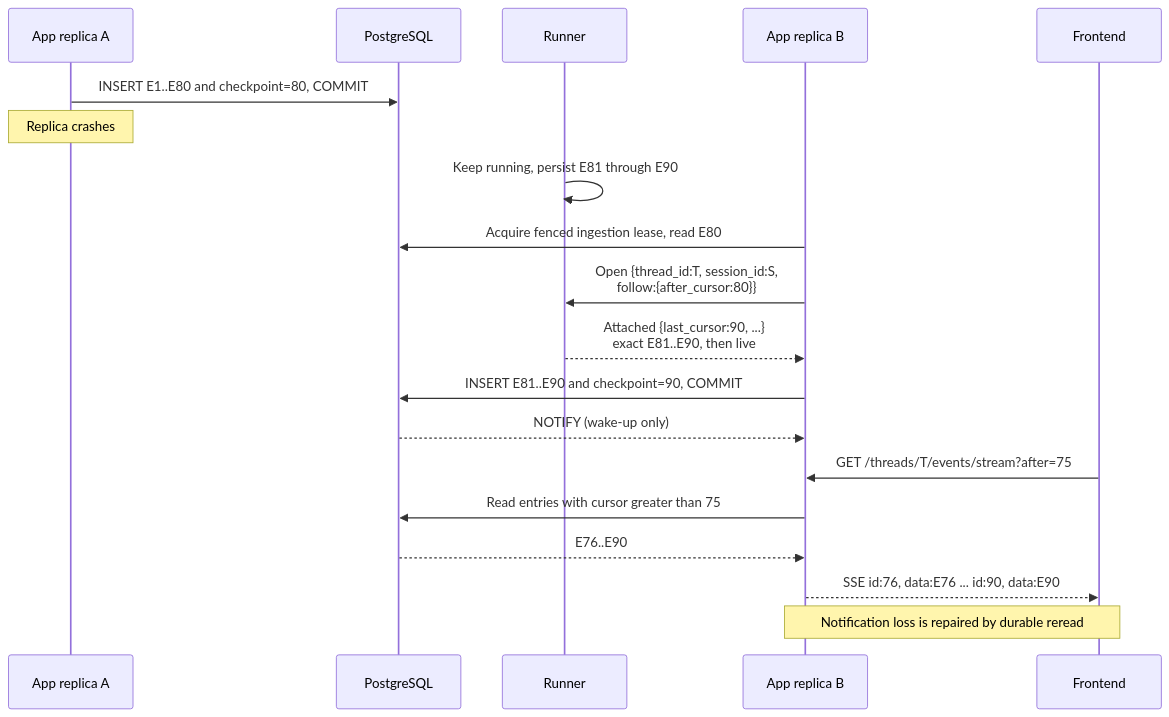
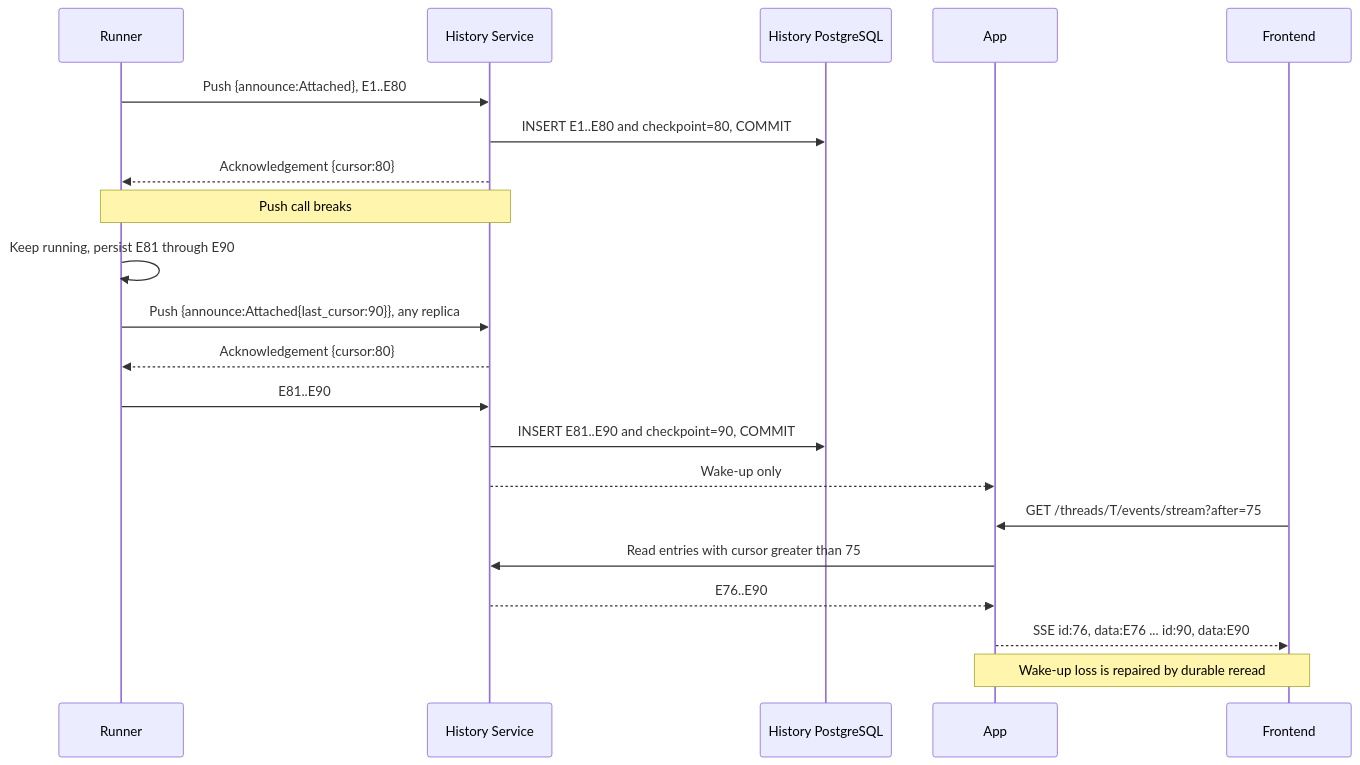
The fourth of 6 diagrams in agentplane/docs/thread_layering.md (agentydragon-agent/ducktape), drawn with Mermaid before and after one commit. The commit also changed other lines of this file and 19 other files, not shown here.

````diff
--- a/agentplane/docs/thread_layering.md
+++ b/agentplane/docs/thread_layering.md
@@ -389,21 +391,23 @@
 ```mermaid
 sequenceDiagram
-    participant A1 as App replica A
-    participant DB as PostgreSQL
     participant R as Runner
-    participant A2 as App replica B
+    participant HS as History Service
+    participant DB as History PostgreSQL
+    participant A as App
     participant F as Frontend
-    A1->>DB: INSERT E1..E80 and checkpoint=80, COMMIT
-    Note over A1: Replica crashes
+    R->>HS: Push {announce:Attached}, E1..E80
+    HS->>DB: INSERT E1..E80 and checkpoint=80, COMMIT
+    HS-->>R: Acknowledgement {cursor:80}
+    Note over R,HS: Push call breaks
     R->>R: Keep running, persist E81 through E90
-    A2->>DB: Acquire fenced ingestion lease, read E80
-    A2->>R: Open {thread_id:T, session_id:S,<br/>follow:{after_cursor:80}}
-    R-->>A2: Attached {last_cursor:90, ...}<br/>exact E81..E90, then live
-    A2->>DB: INSERT E81..E90 and checkpoint=90, COMMIT
-    DB-->>A2: NOTIFY (wake-up only)
-    F->>A2: GET /threads/T/events/stream?after=75
-    A2->>DB: Read entries with cursor greater than 75
-    DB-->>A2: E76..E90
-    A2-->>F: SSE id:76, data:E76 ... id:90, data:E90
-    Note over A2,F: Notification loss is repaired by durable reread
+    R->>HS: Push {announce:Attached{last_cursor:90}}, any replica
+    HS-->>R: Acknowledgement {cursor:80}
+    R->>HS: E81..E90
+    HS->>DB: INSERT E81..E90 and checkpoint=90, COMMIT
+    HS-->>A: Wake-up only
+    F->>A: GET /threads/T/events/stream?after=75
+    A->>HS: Read entries with cursor greater than 75
+    HS-->>A: E76..E90
+    A-->>F: SSE id:76, data:E76 ... id:90, data:E90
+    Note over A,F: Wake-up loss is repaired by durable reread
 ```
````
